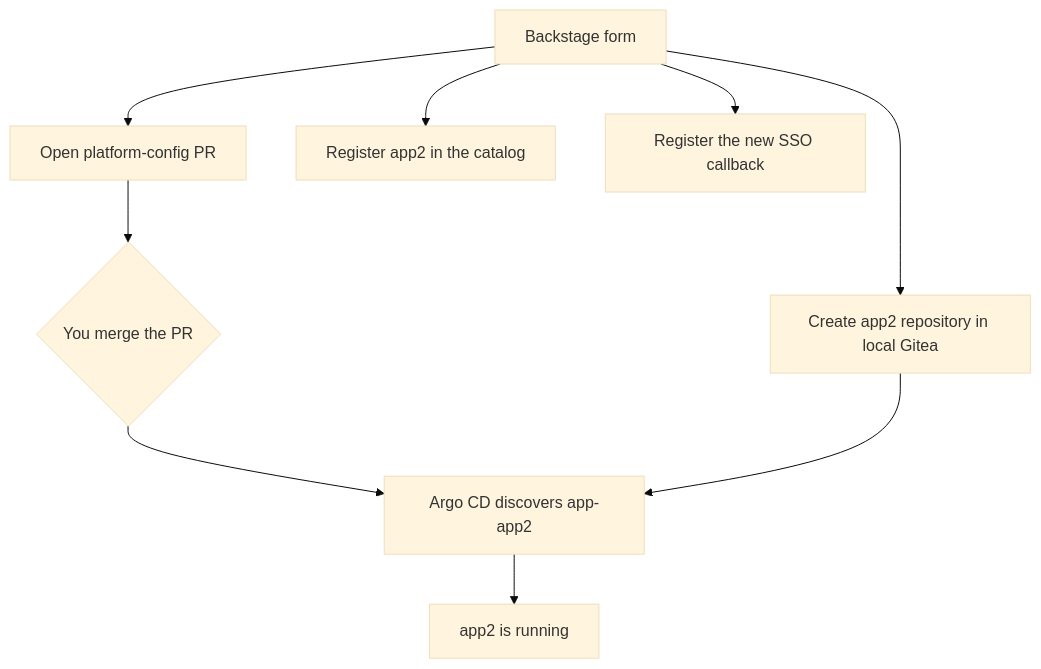
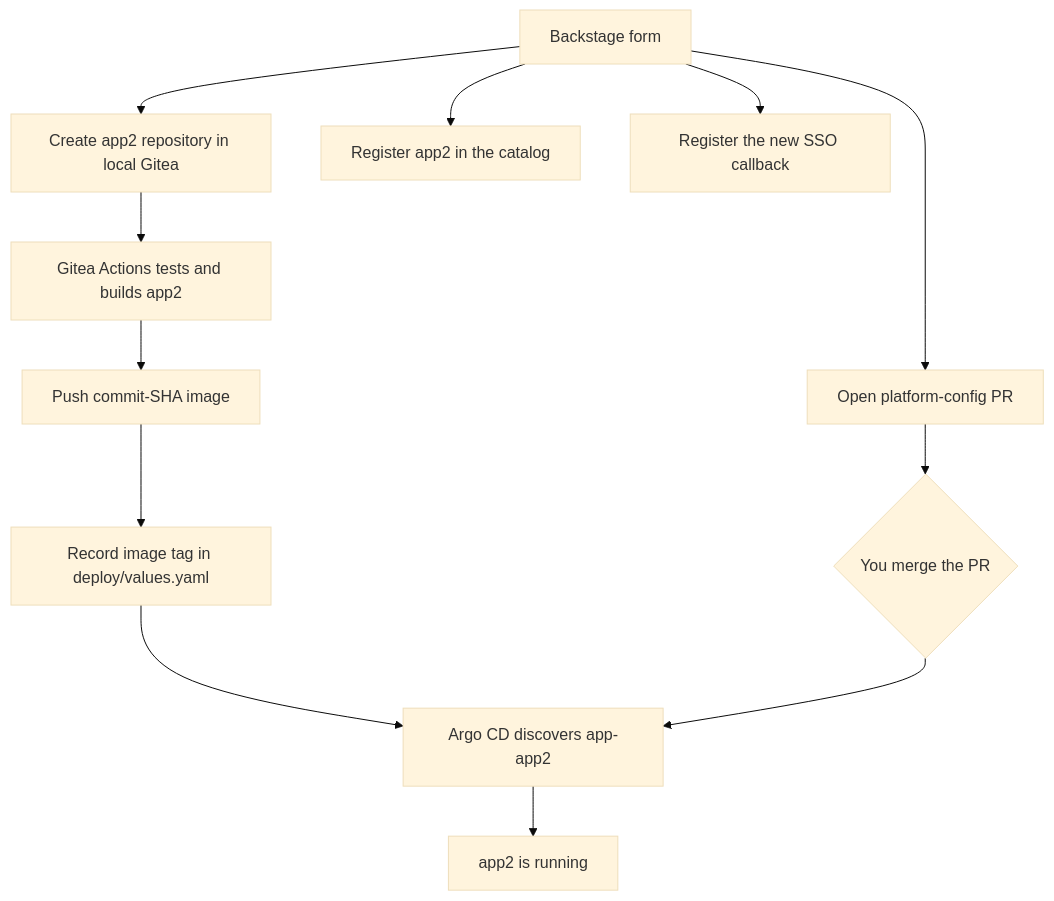
Before and after one commit to yu-min3/kensan-lab: the third of 3 diagrams in docs/getting-started/try-it-with-kind.md, drawn with Mermaid (base theme). The commit also changed other lines of this file and 12 other files, not shown here.

````diff
--- a/docs/getting-started/try-it-with-kind.md
+++ b/docs/getting-started/try-it-with-kind.md
@@ -161,11 +162,14 @@
 ```mermaid
 flowchart TD
     A[Backstage form] --> B[Create app2 repository in local Gitea]
     A --> C[Open platform-config PR]
     A --> D[Register app2 in the catalog]
     A --> E[Register the new SSO callback]
-    C --> F{You merge the PR}
-    F --> G[Argo CD discovers app-app2]
-    B --> G
-    G --> H[app2 is running]
+    B --> F[Gitea Actions tests and builds app2]
+    F --> G[Push commit-SHA image]
+    G --> H[Record image tag in deploy/values.yaml]
+    C --> I{You merge the PR}
+    H --> J[Argo CD discovers app-app2]
+    I --> J
+    J --> K[app2 is running]
 ```
````
